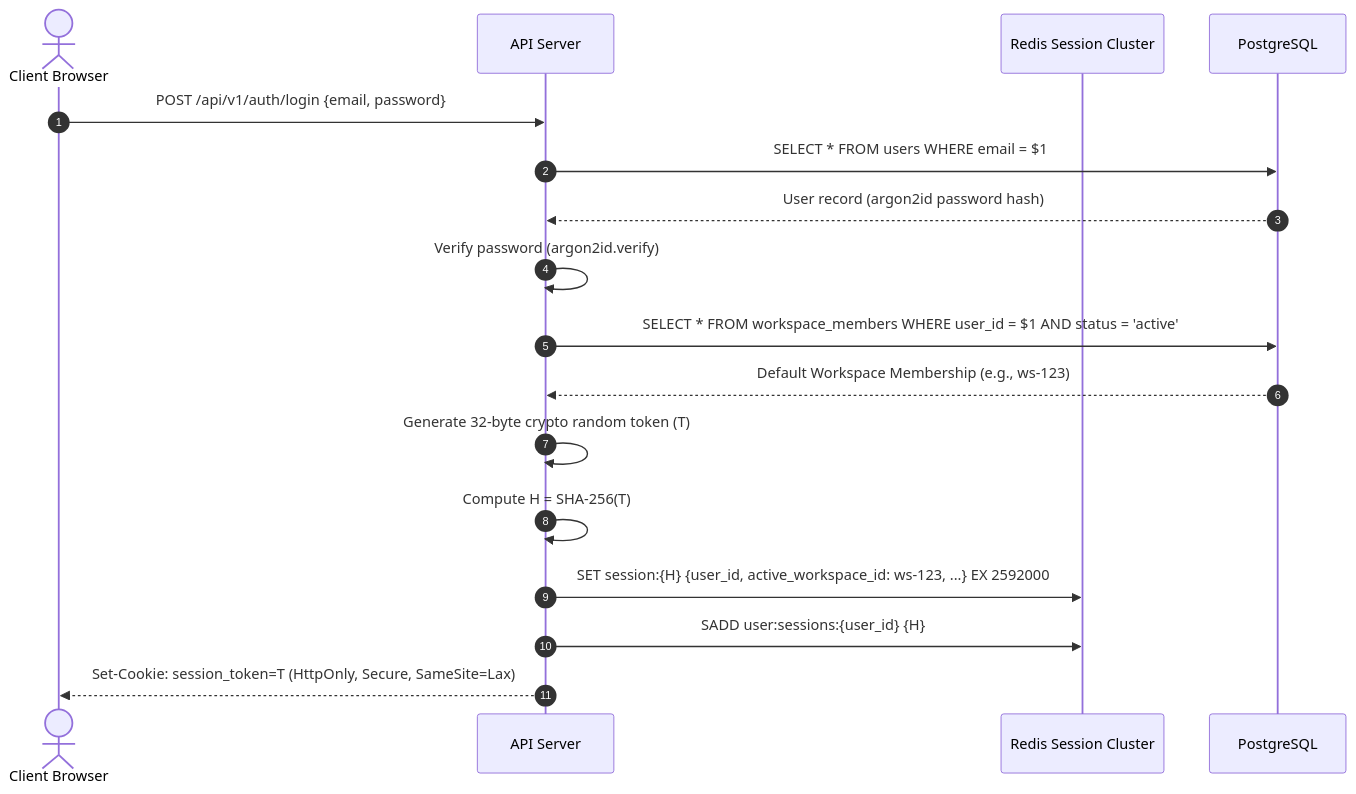
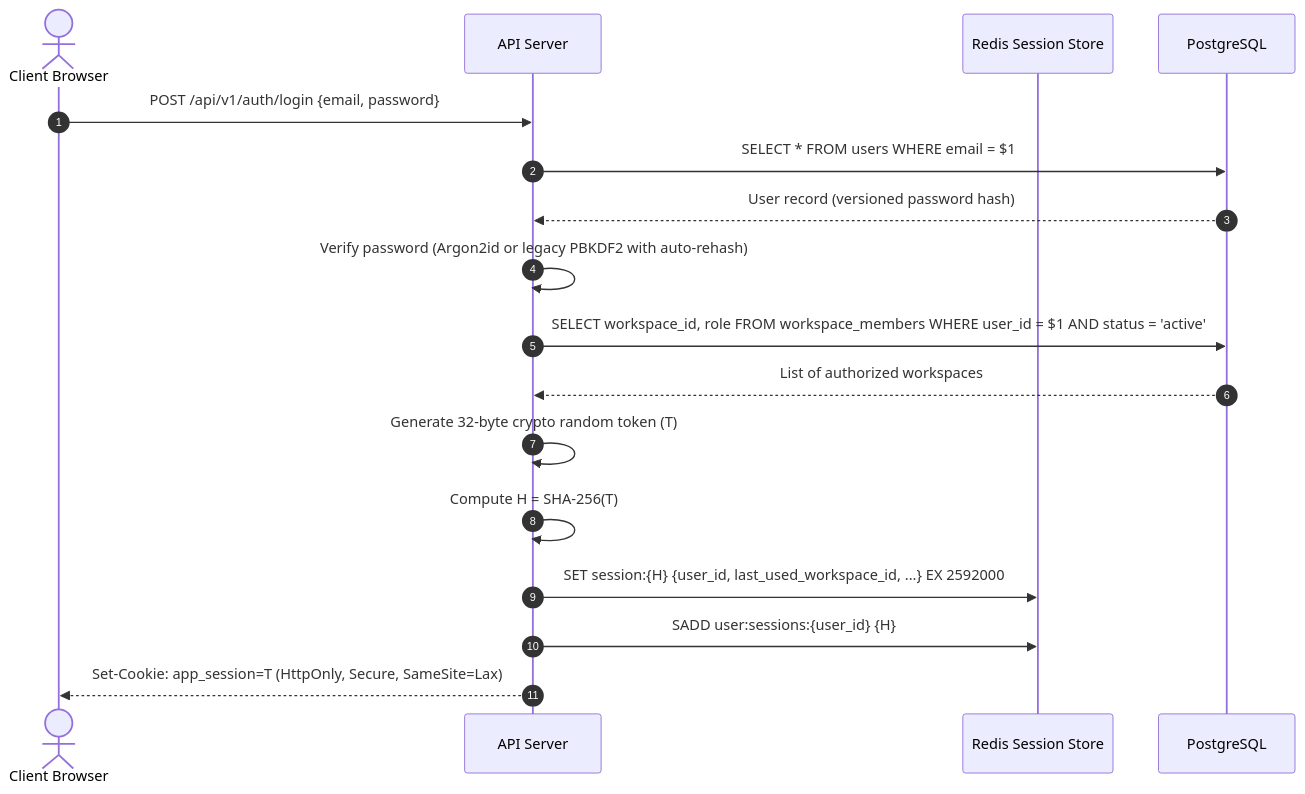
The first of 3 diagrams in docs/saas/authentication.md (imsusanta/facebook-auto-post), drawn with Mermaid before and after one commit. The commit also changed other lines of this file and 10 other files, not shown here.

Commit message:
docs(saas): correct tenant security and architecture assumptions

````diff
--- a/docs/saas/authentication.md
+++ b/docs/saas/authentication.md
@@ -36,22 +69,22 @@
 ```mermaid
 sequenceDiagram
     autonumber
     actor User as Client Browser
     participant API as API Server
-    participant Redis as Redis Session Cluster
+    participant Redis as Redis Session Store
     participant PG as PostgreSQL
 
     User->>API: POST /api/v1/auth/login {email, password}
     API->>PG: SELECT * FROM users WHERE email = $1
-    PG-->>API: User record (argon2id password hash)
-    API->>API: Verify password (argon2id.verify)
-    API->>PG: SELECT * FROM workspace_members WHERE user_id = $1 AND status = 'active'
-    PG-->>API: Default Workspace Membership (e.g., ws-123)
+    PG-->>API: User record (versioned password hash)
+    API->>API: Verify password (Argon2id or legacy PBKDF2 with auto-rehash)
+    API->>PG: SELECT workspace_id, role FROM workspace_members WHERE user_id = $1 AND status = 'active'
+    PG-->>API: List of authorized workspaces
 
     API->>API: Generate 32-byte crypto random token (T)
     API->>API: Compute H = SHA-256(T)
-    API->>Redis: SET session:{H} {user_id, active_workspace_id: ws-123, ...} EX 2592000
+    API->>Redis: SET session:{H} {user_id, last_used_workspace_id, ...} EX 2592000
     API->>Redis: SADD user:sessions:{user_id} {H}
 
-    API-->>User: Set-Cookie: session_token=T (HttpOnly, Secure, SameSite=Lax)
+    API-->>User: Set-Cookie: app_session=T (HttpOnly, Secure, SameSite=Lax)
 ```
````
